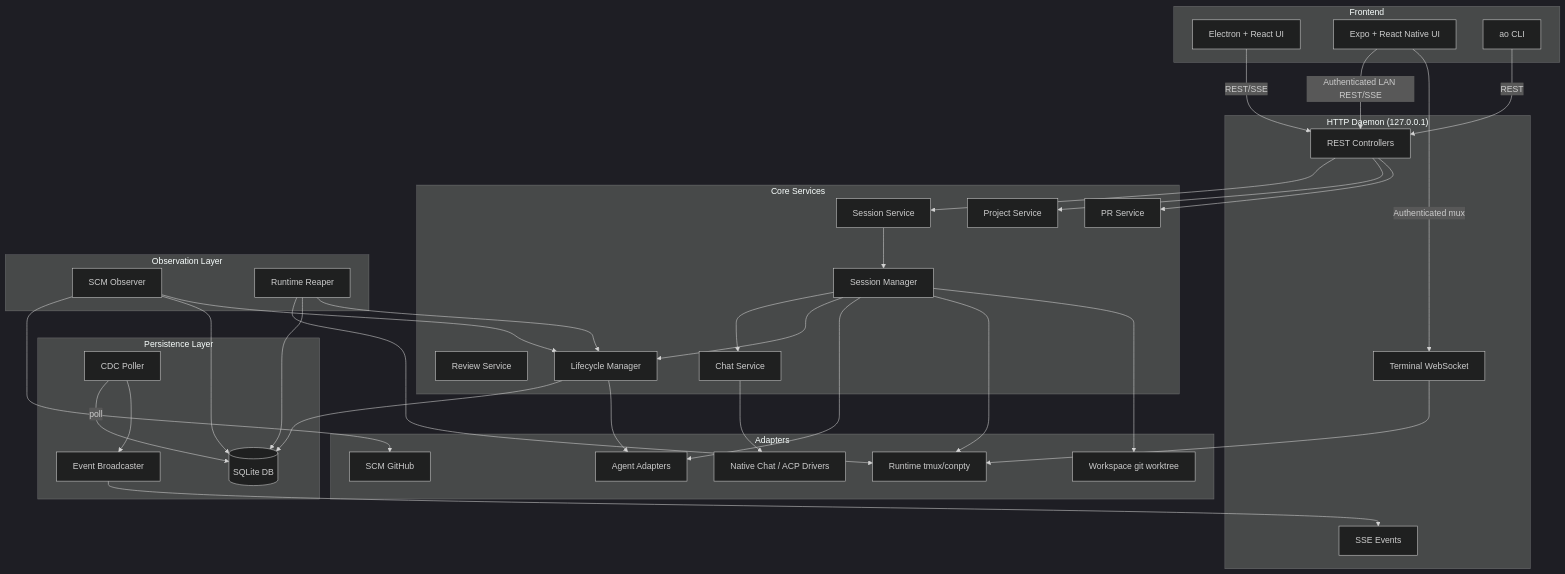
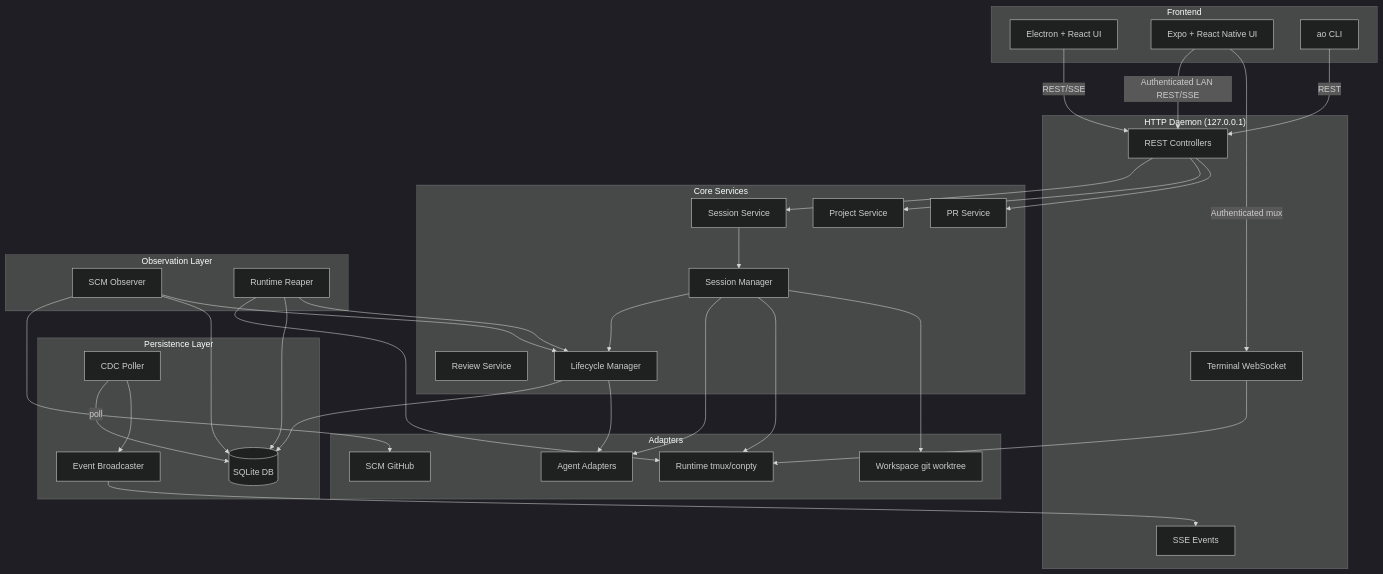
Before and after one commit to ercs-second-brain/agent-orchestrator: the second of 23 diagrams in docs/architecture.md, drawn with Mermaid (dark theme). The commit also changed other lines of this file and 90 other files, not shown here.

````diff
--- a/docs/architecture.md
+++ b/docs/architecture.md
@@ -53,77 +51,73 @@
 ```mermaid
 graph TB
     subgraph Frontend
         FE[Electron + React UI]
         Mobile[Expo + React Native UI]
         CLI[ao CLI]
     end
 
     subgraph HTTP["HTTP Daemon (127.0.0.1)"]
         Controllers[REST Controllers]
         SSE[SSE Events]
         Terminal[Terminal WebSocket]
     end
 
     subgraph Core["Core Services"]
         SessionSvc[Session Service]
         ProjectSvc[Project Service]
         PRSvc[PR Service]
         ReviewSvc[Review Service]
         SessionMgr[Session Manager]
-        ChatSvc[Chat Service]
         LCM[Lifecycle Manager]
     end
 
     subgraph Observe["Observation Layer"]
         SCMObserver[SCM Observer]
         Reaper[Runtime Reaper]
     end
 
     subgraph Storage["Persistence Layer"]
         SQLite[(SQLite DB)]
         CDC[CDC Poller]
         Broadcaster[Event Broadcaster]
     end
 
     subgraph Adapters["Adapters"]
         AgentAdapter[Agent Adapters]
         RuntimeAdapter[Runtime tmux/conpty]
-        ChatDriver[Native Chat / ACP Drivers]
         WorkspaceAdapter[Workspace git worktree]
         SCMAdapter[SCM GitHub]
     end
 
     FE -->|REST/SSE| Controllers
     Mobile -->|Authenticated LAN REST/SSE| Controllers
     Mobile -->|Authenticated mux| Terminal
     CLI -->|REST| Controllers
     Controllers --> SessionSvc
     Controllers --> ProjectSvc
     Controllers --> PRSvc
 
     SessionSvc --> SessionMgr
-    SessionMgr --> ChatSvc
     SessionMgr --> LCM
     SessionMgr --> AgentAdapter
     SessionMgr --> RuntimeAdapter
     SessionMgr --> WorkspaceAdapter
-    ChatSvc --> ChatDriver
 
     LCM --> SQLite
     LCM --> AgentAdapter
 
     SCMObserver --> SCMAdapter
     SCMObserver --> SQLite
     SCMObserver --> LCM
 
     Reaper --> RuntimeAdapter
     Reaper --> SQLite
     Reaper --> LCM
 
     CDC -->|poll| SQLite
     CDC --> Broadcaster
     Broadcaster --> SSE
 
     Terminal --> RuntimeAdapter
 
 ```
````
